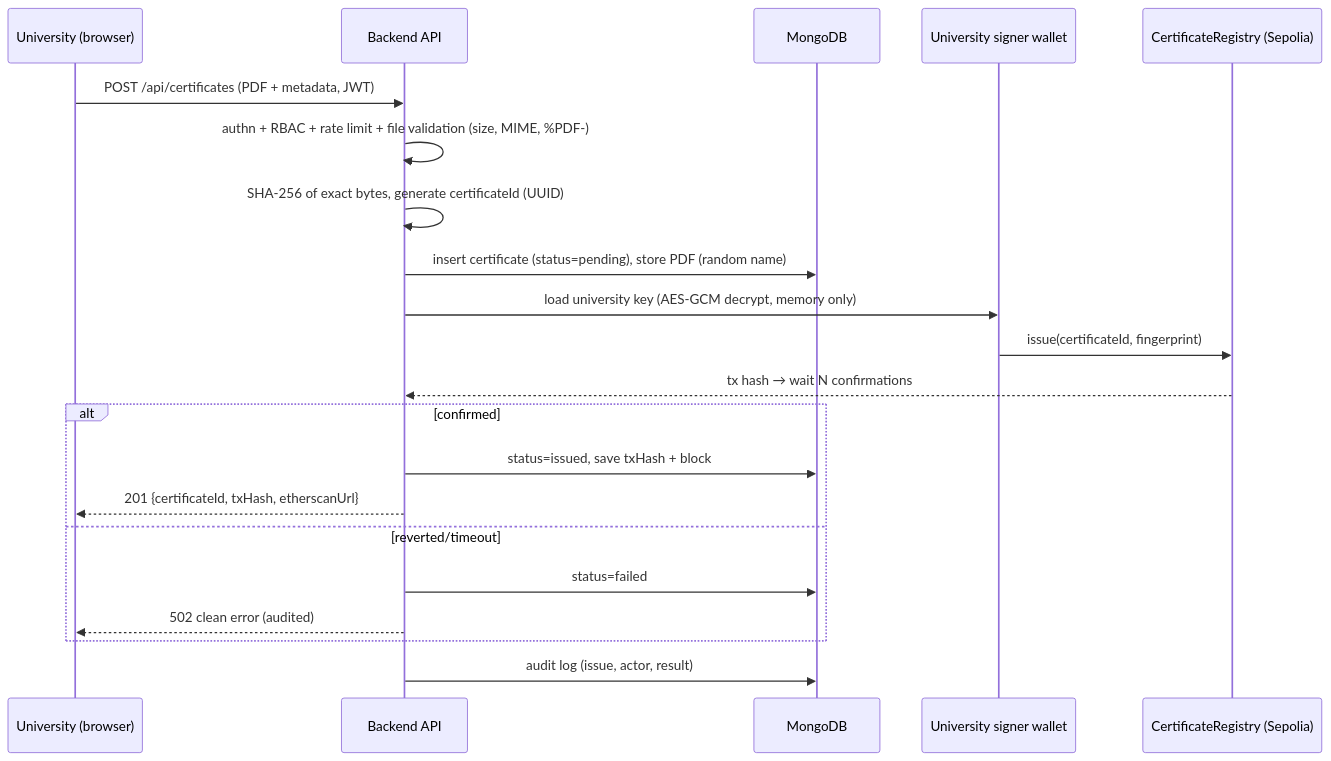
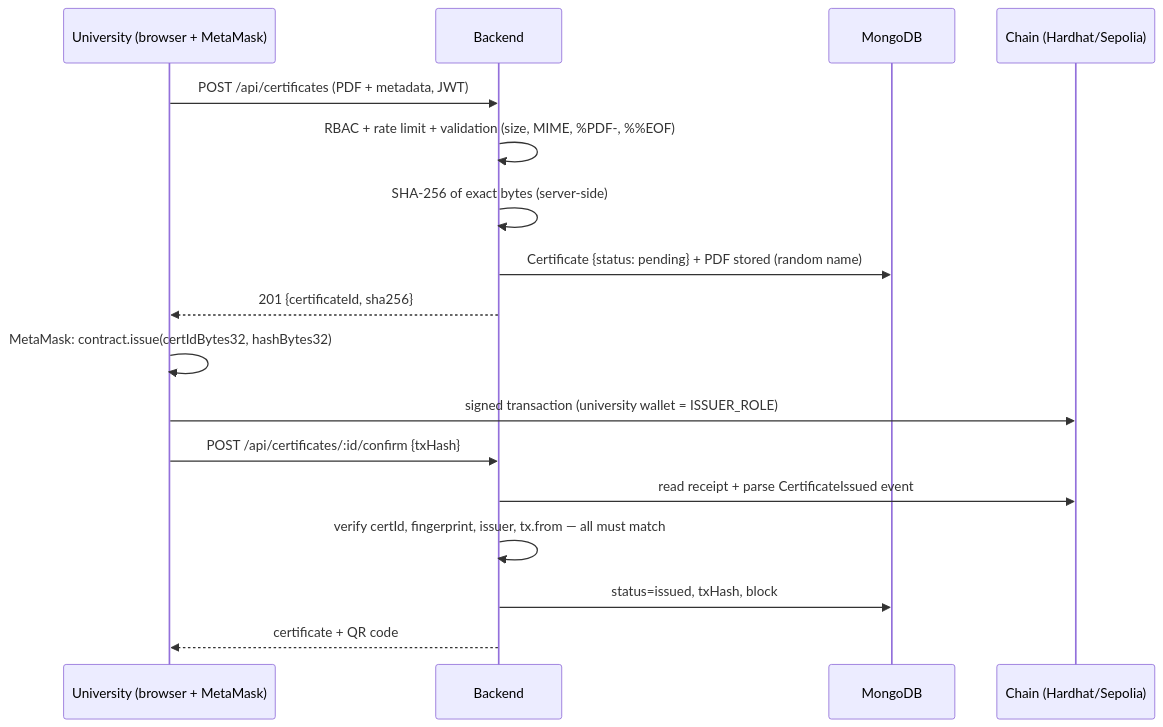
Before and after one commit to rayengabsi/CertiChain: the diagram in docs/02-architecture.md, drawn with Mermaid. The commit also changed other lines of this file and 5 other files, not shown here.

Commit message:
docs: update planning to emergency scope (MetaMask signing model, local stack, postponed student features)

````diff
--- a/docs/02-architecture.md
+++ b/docs/02-architecture.md
@@ -204,23 +191,19 @@
 ```mermaid
 sequenceDiagram
-    participant U as University (browser)
-    participant API as Backend API
+    participant U as University (browser + MetaMask)
+    participant API as Backend
     participant DB as MongoDB
-    participant W as University signer wallet
-    participant C as CertificateRegistry (Sepolia)
+    participant CH as Chain (Hardhat/Sepolia)
     U->>API: POST /api/certificates (PDF + metadata, JWT)
-    API->>API: authn + RBAC + rate limit + file validation (size, MIME, %PDF-)
-    API->>API: SHA-256 of exact bytes, generate certificateId (UUID)
-    API->>DB: insert certificate (status=pending), store PDF (random name)
-    API->>W: load university key (AES-GCM decrypt, memory only)
-    W->>C: issue(certificateId, fingerprint)
-    C-->>API: tx hash → wait N confirmations
-    alt confirmed
-        API->>DB: status=issued, save txHash + block
-        API-->>U: 201 {certificateId, txHash, etherscanUrl}
-    else reverted/timeout
-        API->>DB: status=failed
-        API-->>U: 502 clean error (audited)
-    end
-    API->>DB: audit log (issue, actor, result)
+    API->>API: RBAC + rate limit + validation (size, MIME, %PDF-, %%EOF)
+    API->>API: SHA-256 of exact bytes (server-side)
+    API->>DB: Certificate {status: pending} + PDF stored (random name)
+    API-->>U: 201 {certificateId, sha256}
+    U->>U: MetaMask: contract.issue(certIdBytes32, hashBytes32)
+    U->>CH: signed transaction (university wallet = ISSUER_ROLE)
+    U->>API: POST /api/certificates/:id/confirm {txHash}
+    API->>CH: read receipt + parse CertificateIssued event
+    API->>API: verify certId, fingerprint, issuer, tx.from — all must match
+    API->>DB: status=issued, txHash, block
+    API-->>U: certificate + QR code
 ```
````
